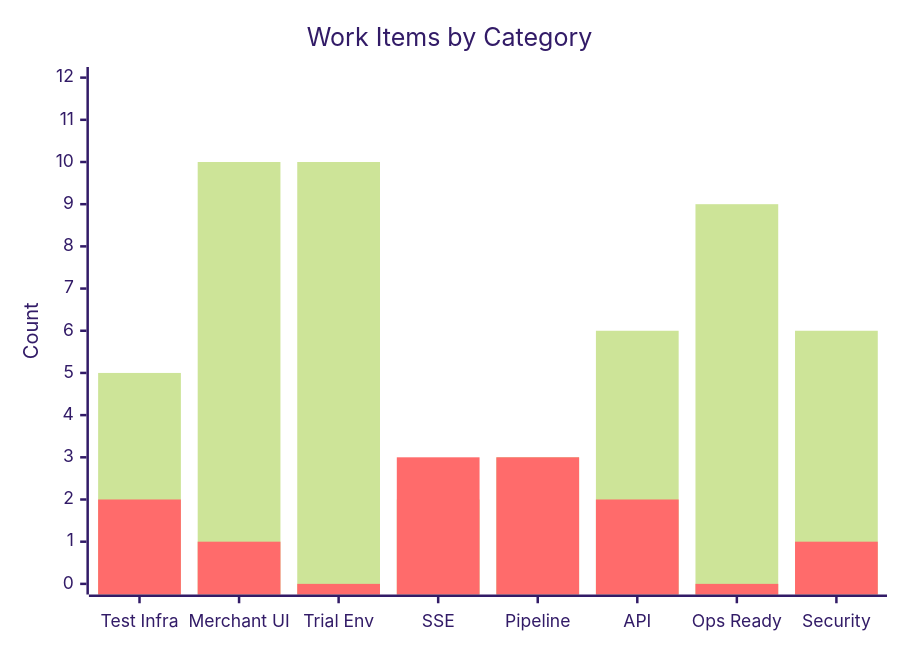
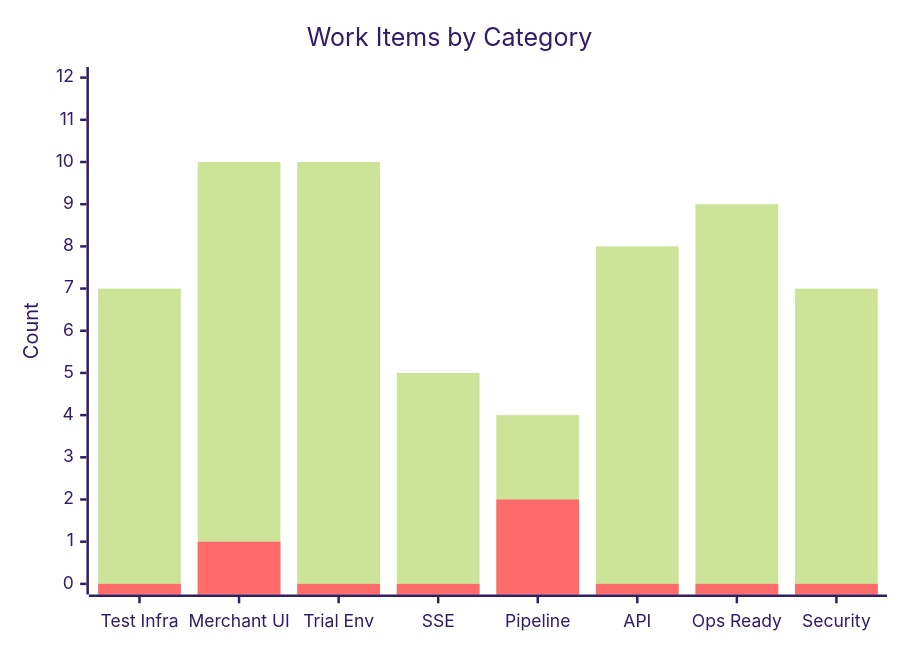
The third of 3 diagrams in docs/BACKLOG-NEW-WORK-ITEMS.md (Remaker-Digital/groundtruth-kb), drawn with Mermaid (forest theme) before and after one commit. The commit also changed other lines of this file and 117 other files, not shown here.

````diff
--- a/docs/BACKLOG-NEW-WORK-ITEMS.md
+++ b/docs/BACKLOG-NEW-WORK-ITEMS.md
@@ -216,8 +218,9 @@
 ```mermaid
 xychart-beta
     title "Work Items by Category"
     x-axis ["Test Infra", "Merchant UI", "Trial Env", "SSE", "Pipeline", "API", "Ops Ready", "Security"]
     y-axis "Count" 0 --> 12
-    bar [5, 10, 10, 2, 3, 6, 9, 6]
-    bar [2, 1, 0, 3, 3, 2, 0, 1]
+    bar [7, 10, 10, 5, 4, 8, 9, 7]
+    bar [0, 1, 0, 0, 2, 0, 0, 0]
+
 ```
````
